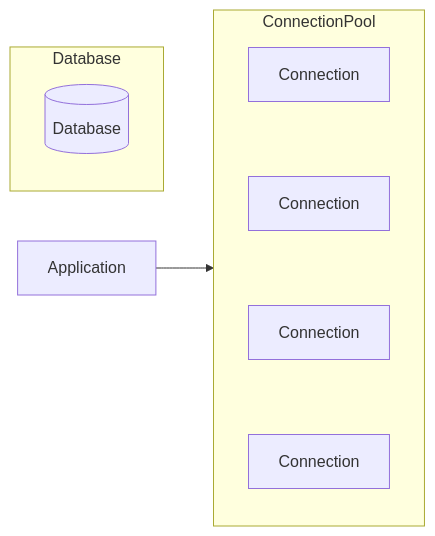
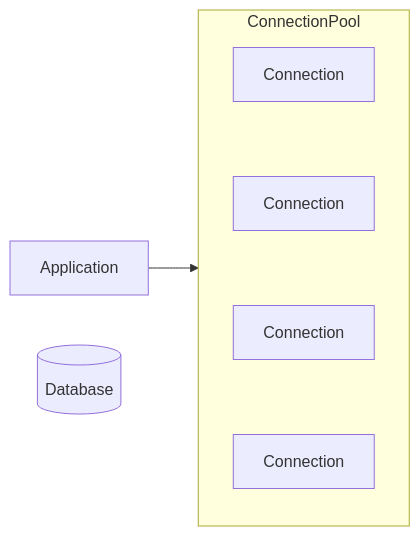
Before and after one commit to benggri/study: the diagram in application/db/connection_pool.md, drawn with Mermaid.

````diff
--- a/application/db/connection_pool.md
+++ b/application/db/connection_pool.md
@@ -3,18 +3,16 @@
 ```mermaid
 flowchart LR
   APP[Application]
   subgraph ConnectionPool
     direction TB
     C1[Connection]
     C2[Connection]
     C3[Connection]
     C4[Connection]
     C1 ~~~ C2
     C2 ~~~ C3
     C3 ~~~ C4
   end
-  subgraph Database
-    DB[(Database)]
-  end
+  DB[(Database)]
   APP --> ConnectionPool
 ```
````
